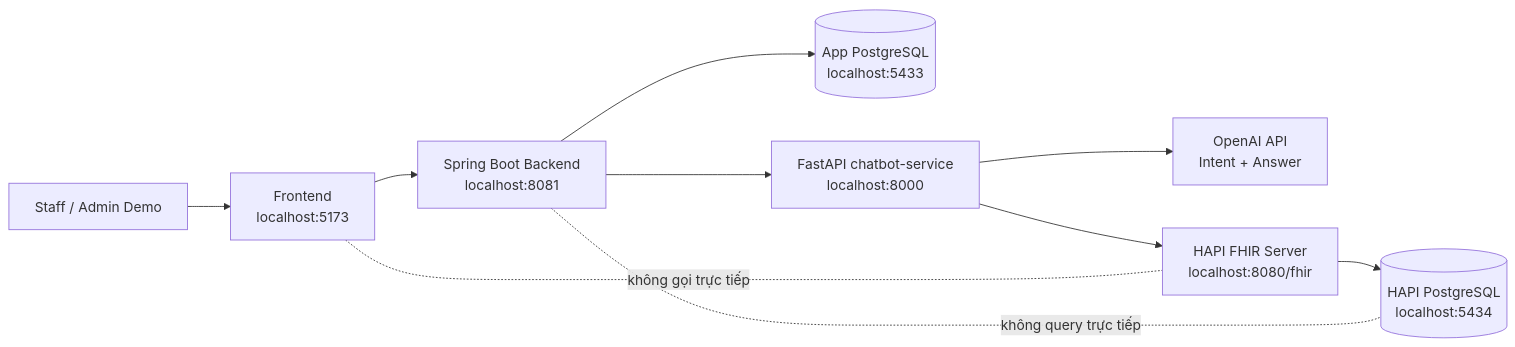
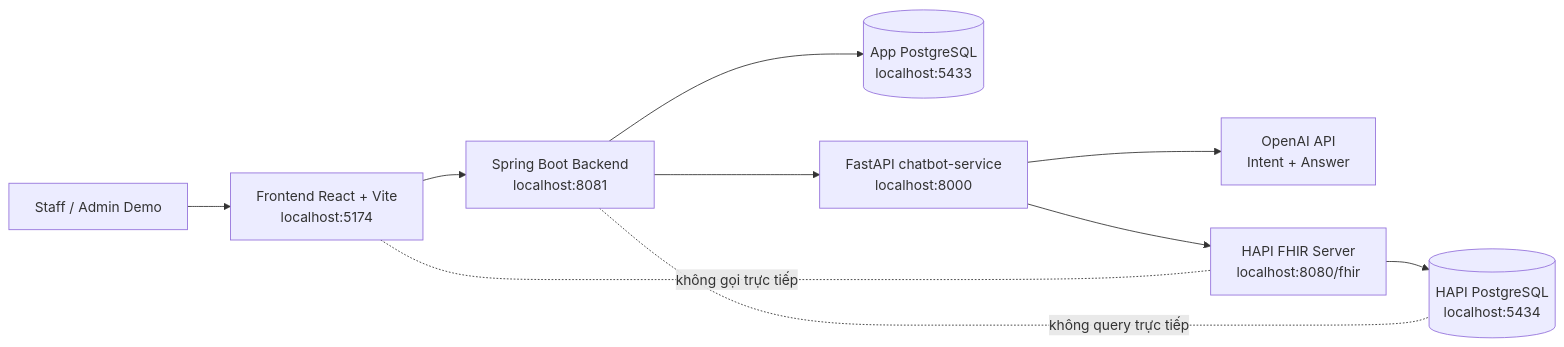
One commit to Hnd8604/medical-chatbot-system changed the first of 2 diagrams in README.md. Above: the diagram before and after it, drawn with Mermaid. The commit also changed other lines of this file and 23 other files, not shown here.

````diff
--- a/README.md
+++ b/README.md
@@ -48,13 +48,13 @@
 ```mermaid
 flowchart LR
-    Staff["Staff / Admin Demo"] --> FE["Frontend<br/>localhost:5173"]
+    Staff["Staff / Admin Demo"] --> FE["Frontend React + Vite<br/>localhost:5174"]
     FE --> Spring["Spring Boot Backend<br/>localhost:8081"]
     Spring --> AppDB[("App PostgreSQL<br/>localhost:5433")]
     Spring --> Chatbot["FastAPI chatbot-service<br/>localhost:8000"]
     Chatbot --> LLM["OpenAI API<br/>Intent + Answer"]
     Chatbot --> HAPI["HAPI FHIR Server<br/>localhost:8080/fhir"]
     HAPI --> HapiDB[("HAPI PostgreSQL<br/>localhost:5434")]
 
     Spring -. "không query trực tiếp" .- HapiDB
     FE -. "không gọi trực tiếp" .- HAPI
 ```
````
